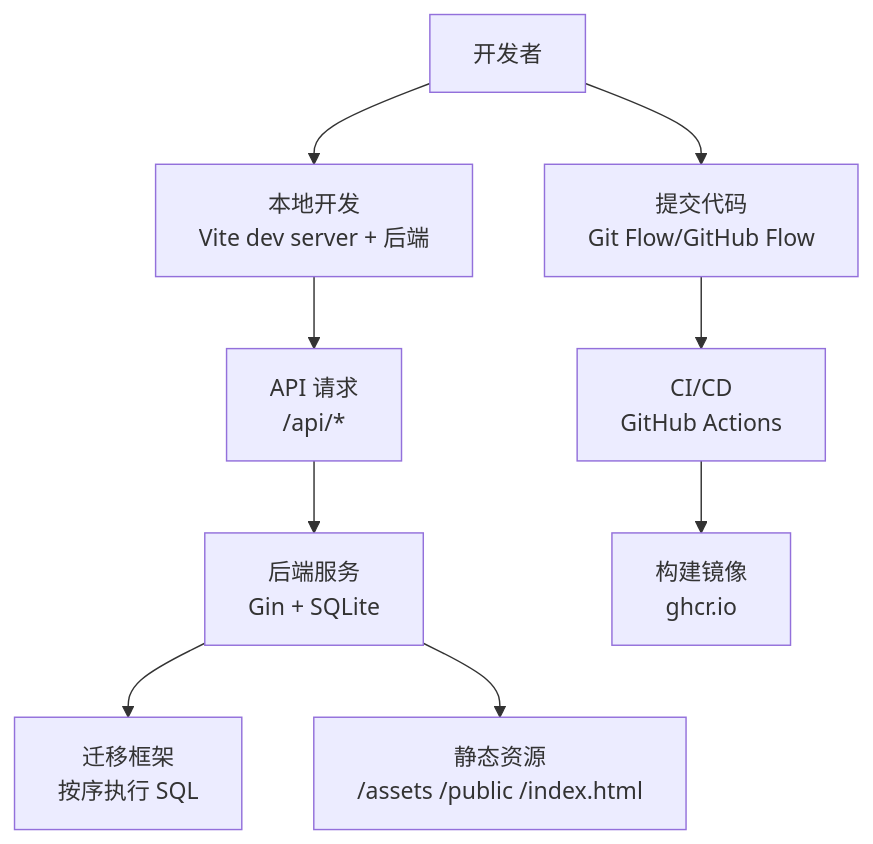
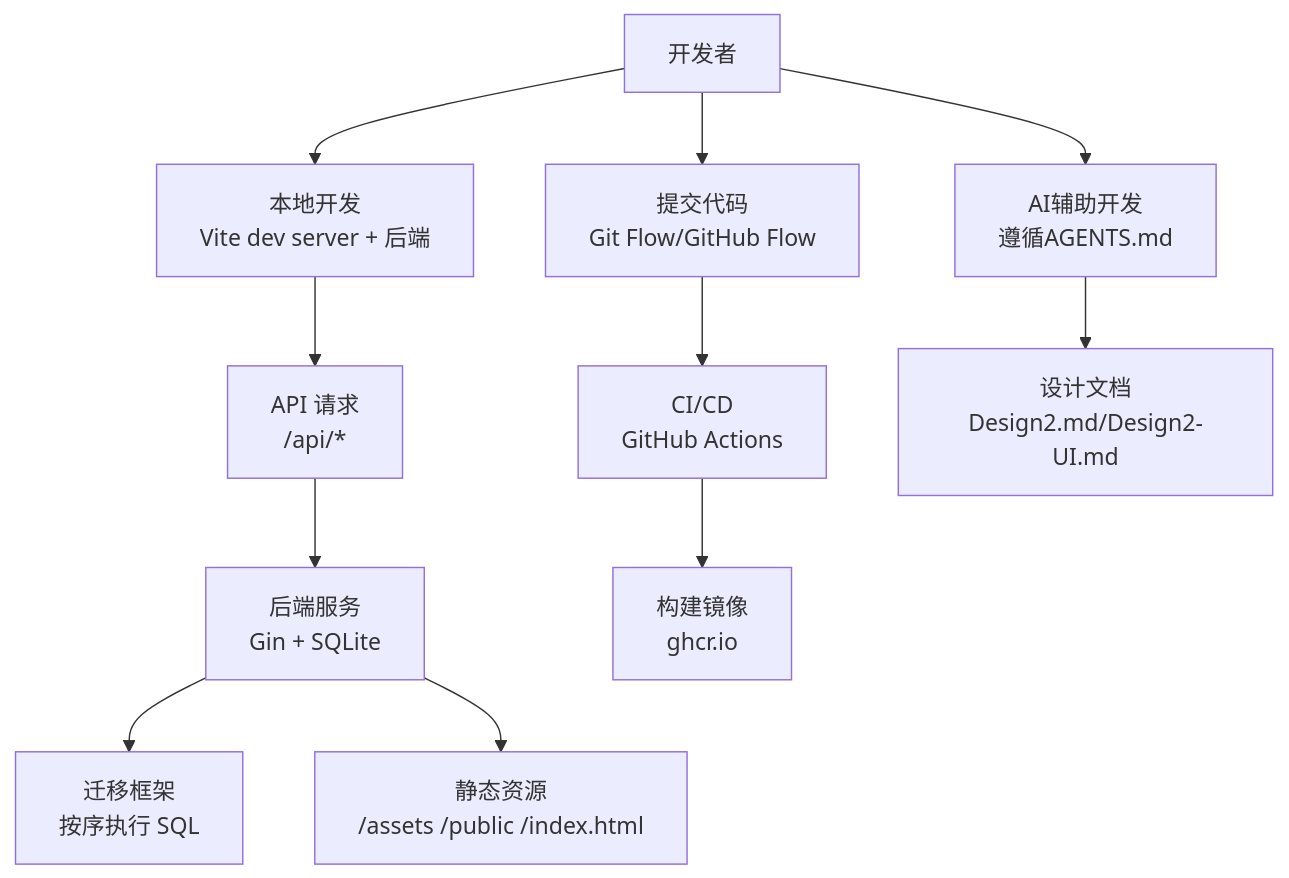
One commit to AlcaProphet/VPN-Subscription-Management changed the first of 6 diagrams in .qoder/repowiki/zh/content/开发指南/开发工作流.md. Above: the diagram before and after it, drawn with Mermaid. The commit also changed other lines of this file and 102 other files, not shown here.

````diff
--- a/.qoder/repowiki/zh/content/开发指南/开发工作流.md
+++ b/.qoder/repowiki/zh/content/开发指南/开发工作流.md
@@ -40,11 +54,13 @@
 ```mermaid
 graph TB
 A["开发者"] --> B["本地开发<br/>Vite dev server + 后端"]
 B --> C["API 请求<br/>/api/*"]
 C --> D["后端服务<br/>Gin + SQLite"]
 D --> E["迁移框架<br/>按序执行 SQL"]
 D --> F["静态资源<br/>/assets /public /index.html"]
 A --> G["提交代码<br/>Git Flow/GitHub Flow"]
 G --> H["CI/CD<br/>GitHub Actions"]
 H --> I["构建镜像<br/>ghcr.io"]
+A --> J["AI辅助开发<br/>遵循AGENTS.md"]
+J --> K["设计文档<br/>Design2.md/Design2-UI.md"]
 ```
````
